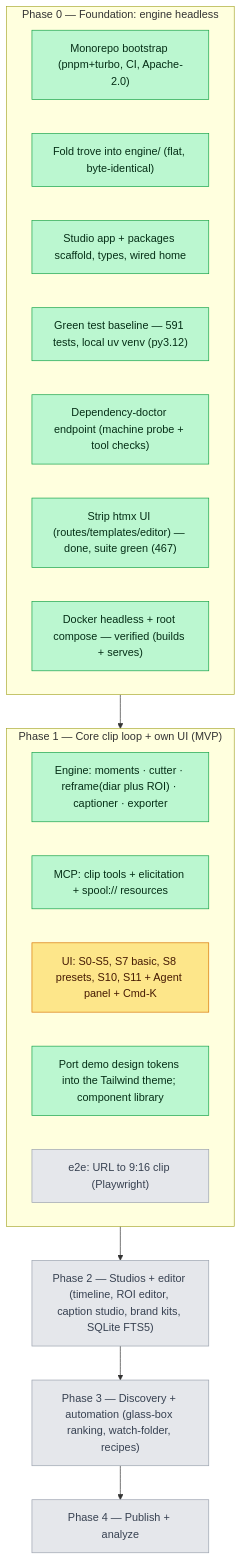
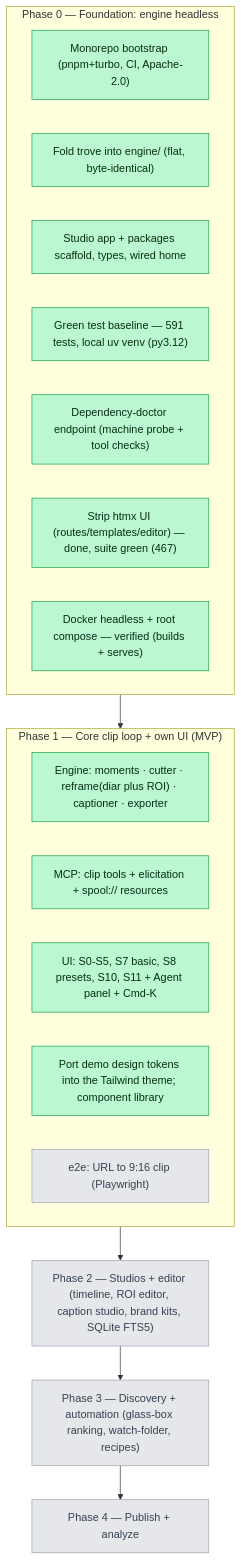
Before and after one commit to afk1997/spool-editor: the diagram in docs/PROGRESS.md, drawn with Mermaid. The commit also changed other lines of this file, not shown here.

Commit message:
docs: all Phase-1 Studio screens done & verified (S0–S11 + ⌘K + Agent panel)

````diff
--- a/docs/PROGRESS.md
+++ b/docs/PROGRESS.md
@@ -14,28 +15,28 @@
 ```mermaid
 graph TD
     subgraph P0["Phase 0 — Foundation: engine headless"]
       B0["Monorepo bootstrap (pnpm+turbo, CI, Apache-2.0)"]:::done
       B1["Fold trove into engine/ (flat, byte-identical)"]:::done
       B2["Studio app + packages scaffold, types, wired home"]:::done
       B3["Green test baseline — 591 tests, local uv venv (py3.12)"]:::done
       B5["Dependency-doctor endpoint (machine probe + tool checks)"]:::done
       B4["Strip htmx UI (routes/templates/editor) — done, suite green (467)"]:::done
       B6["Docker headless + root compose — verified (builds + serves)"]:::done
     end
     subgraph P1["Phase 1 — Core clip loop + own UI (MVP)"]
       C1["Engine: moments · cutter · reframe(diar plus ROI) · captioner · exporter"]:::done
       C2["MCP: clip tools + elicitation + spool:// resources"]:::done
-      C3["UI: S0-S5, S7 basic, S8 presets, S10, S11 + Agent panel + Cmd-K"]:::wip
+      C3["UI: S0-S5, S7 basic, S8 presets, S10, S11 + Agent panel + Cmd-K"]:::done
       C4["Port demo design tokens into the Tailwind theme; component library"]:::done
       C5["e2e: URL to 9:16 clip (Playwright)"]:::todo
     end
     P2["Phase 2 — Studios + editor (timeline, ROI editor, caption studio, brand kits, SQLite FTS5)"]:::todo
     P3["Phase 3 — Discovery + automation (glass-box ranking, watch-folder, recipes)"]:::todo
     P4["Phase 4 — Publish + analyze"]:::todo
 
     P0 --> P1 --> P2 --> P3 --> P4
 
     classDef done fill:#bbf7d0,stroke:#16a34a,color:#052e16;
     classDef wip  fill:#fde68a,stroke:#d97706,color:#451a03;
     classDef todo fill:#e5e7eb,stroke:#9ca3af,color:#374151;
 ```
````
